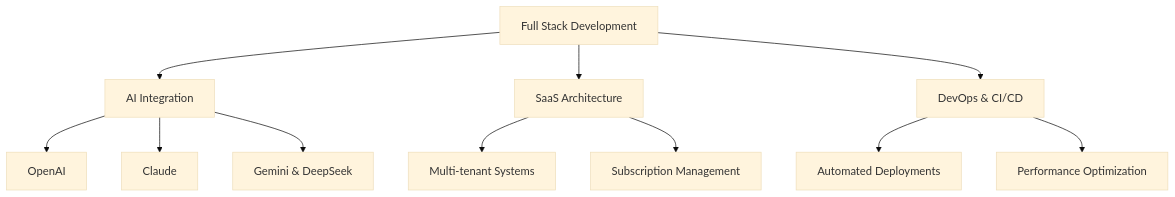
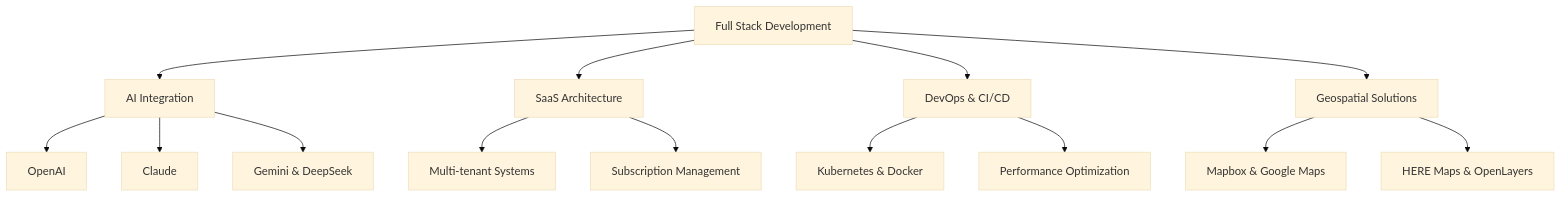
One commit to WasiKamla/WasiKamla changed the diagram in README.md. Above: the diagram before and after it, drawn with Mermaid (base theme).

````diff
--- a/README.md
+++ b/README.md
@@ -93,13 +93,16 @@
 ```mermaid
 graph TD
     A[Full Stack Development] --> B[AI Integration]
     A --> C[SaaS Architecture]
     A --> D[DevOps & CI/CD]
+    A --> L[Geospatial Solutions]
     B --> E[OpenAI]
     B --> F[Claude]
     B --> G[Gemini & DeepSeek]
     C --> H[Multi-tenant Systems]
     C --> I[Subscription Management]
-    D --> J[Automated Deployments]
+    D --> J[Kubernetes & Docker]
     D --> K[Performance Optimization]
+    L --> M[Mapbox & Google Maps]
+    L --> N[HERE Maps & OpenLayers]
 ```
````
